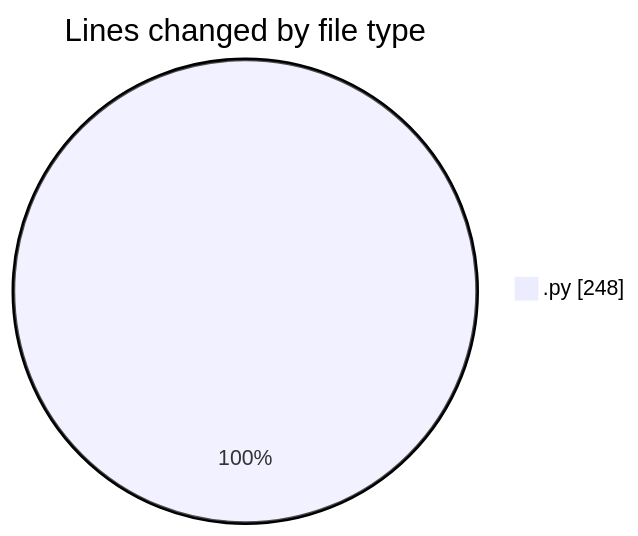
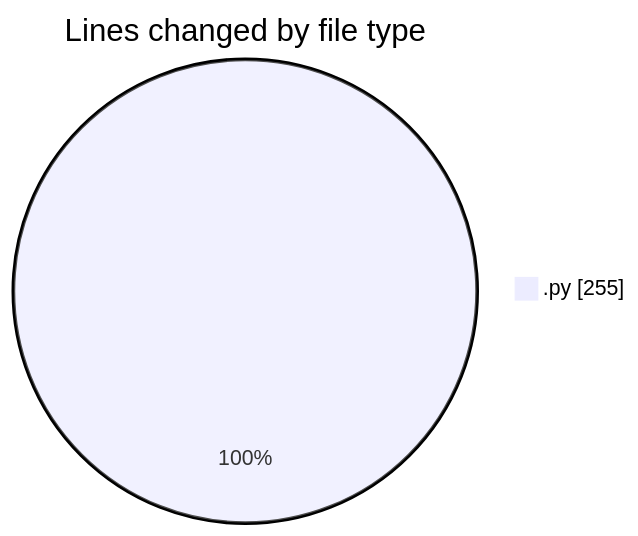
One commit to MatusMokan/code-tracking changed the first of 2 diagrams in 2025-06-02/myws__workspace_/README.md. Above: the diagram before and after it, drawn with Mermaid. The commit also changed other lines of this file and 1 other file, not shown here.

````diff
--- a/2025-06-02/myws__workspace_/README.md
+++ b/2025-06-02/myws__workspace_/README.md
@@ -20,5 +20,5 @@
 ```mermaid
 pie showData
 title Lines changed by file type
-".py" : 248
+".py" : 255
 ```
````
